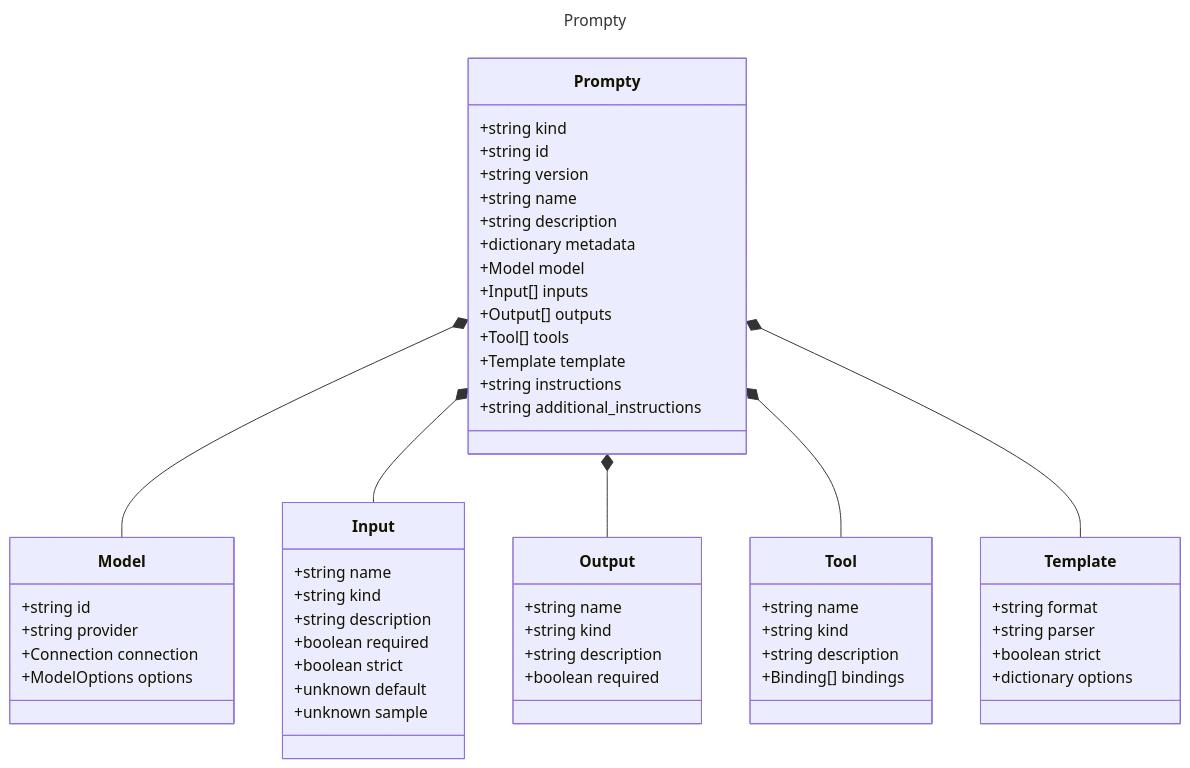
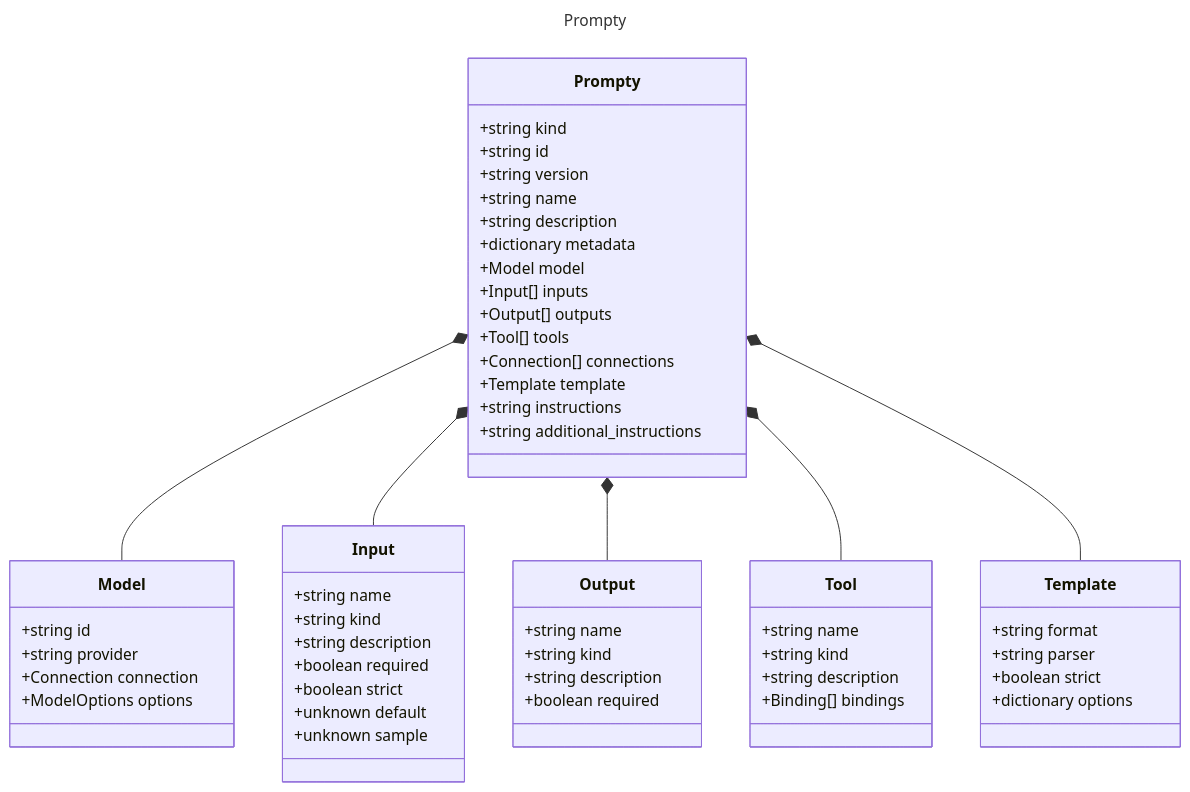
One commit to microsoft/prompty changed the diagram in specification/prompty/docs/Prompty.md. Above: the diagram before and after it, drawn with Mermaid. The commit also changed other lines of this file and 33 other files, not shown here.

````diff
--- a/specification/prompty/docs/Prompty.md
+++ b/specification/prompty/docs/Prompty.md
@@ -12,59 +12,60 @@
 ```mermaid
 ---
 title: Prompty
 ---
 classDiagram
     class Prompty {
         +string kind
         +string id
         +string version
         +string name
         +string description
         +dictionary metadata
         +Model model
         +Input[] inputs
         +Output[] outputs
         +Tool[] tools
+        +Connection[] connections
         +Template template
         +string instructions
         +string additional_instructions
     }
     class Model {
         +string id
         +string provider
         +Connection connection
         +ModelOptions options
     }
     Prompty *-- Model
     class Input {
         +string name
         +string kind
         +string description
         +boolean required
         +boolean strict
         +unknown default
         +unknown sample
     }
     Prompty *-- Input
     class Output {
         +string name
         +string kind
         +string description
         +boolean required
     }
     Prompty *-- Output
     class Tool {
         +string name
         +string kind
         +string description
         +Binding[] bindings
     }
     Prompty *-- Tool
     class Template {
         +string format
         +string parser
         +boolean strict
         +dictionary options
     }
     Prompty *-- Template
 ```
````
